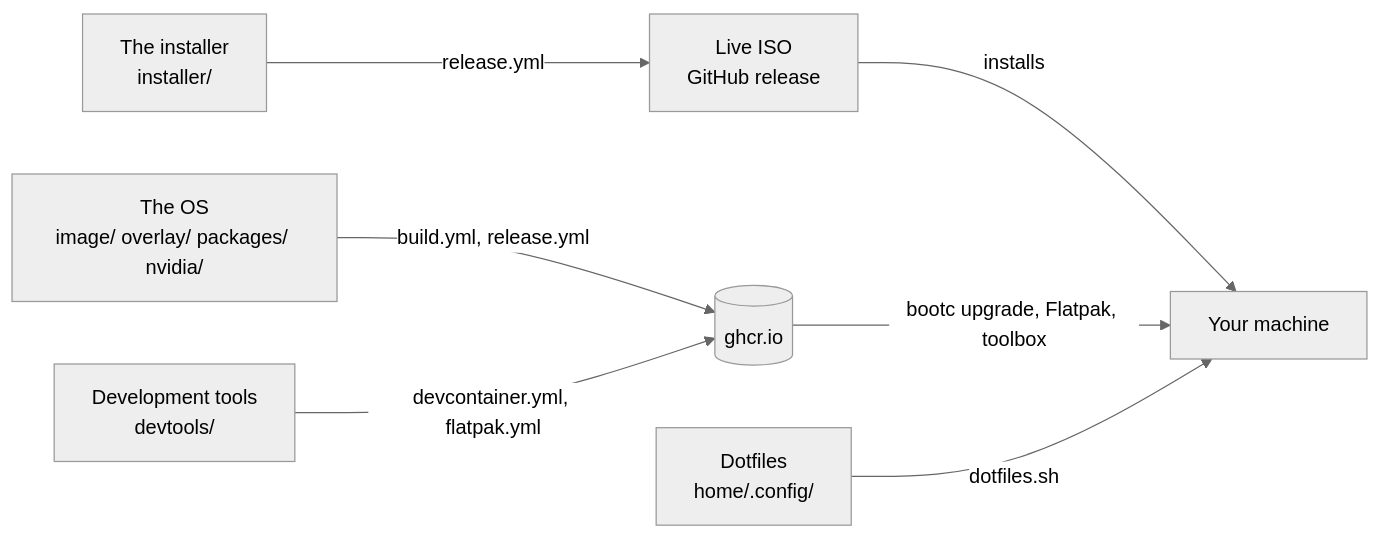
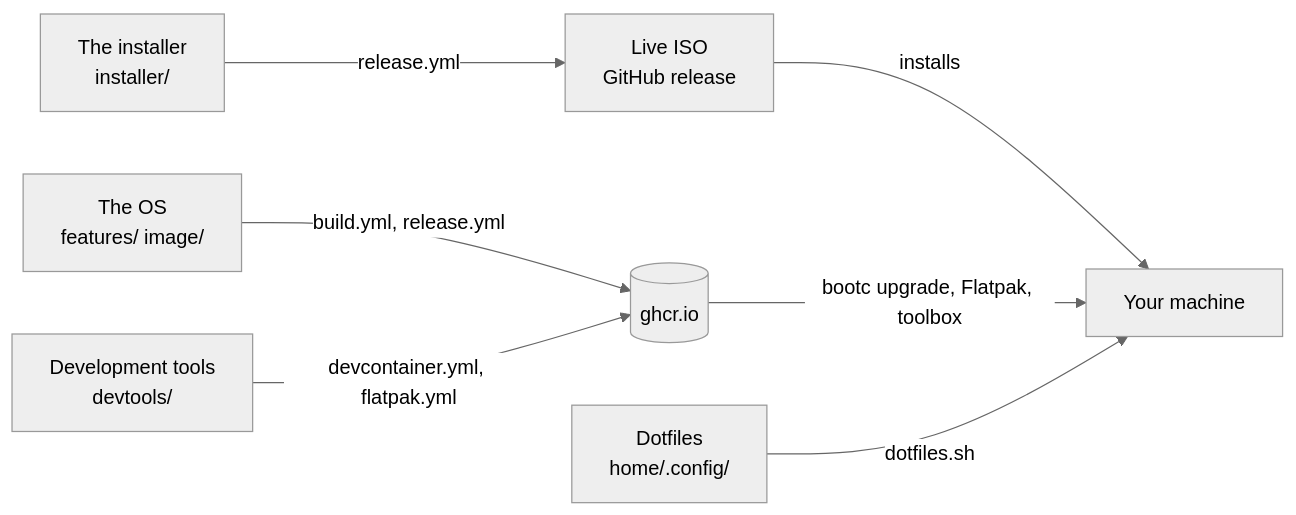
One commit to LucaRickli/dotfiles changed the diagram in README.md. Above: the diagram before and after it, drawn with Mermaid (neutral theme). The commit also changed other lines of this file and 137 other files, not shown here.

````diff
--- a/README.md
+++ b/README.md
@@ -10,10 +10,10 @@
 ```mermaid
 flowchart LR
-    os["The OS<br/>image/ overlay/ packages/ nvidia/"] -- "build.yml, release.yml" --> ghcr[("ghcr.io")]
+    os["The OS<br/>features/ image/"] -- "build.yml, release.yml" --> ghcr[("ghcr.io")]
     dev["Development tools<br/>devtools/"] -- "devcontainer.yml, flatpak.yml" --> ghcr
     ins["The installer<br/>installer/"] -- "release.yml" --> iso["Live ISO<br/>GitHub release"]
     dots["Dotfiles<br/>home/.config/"]
     iso -- "installs" --> pc["Your machine"]
     ghcr -- "bootc upgrade, Flatpak, toolbox" --> pc
     dots -- "dotfiles.sh" --> pc
 ```
````
